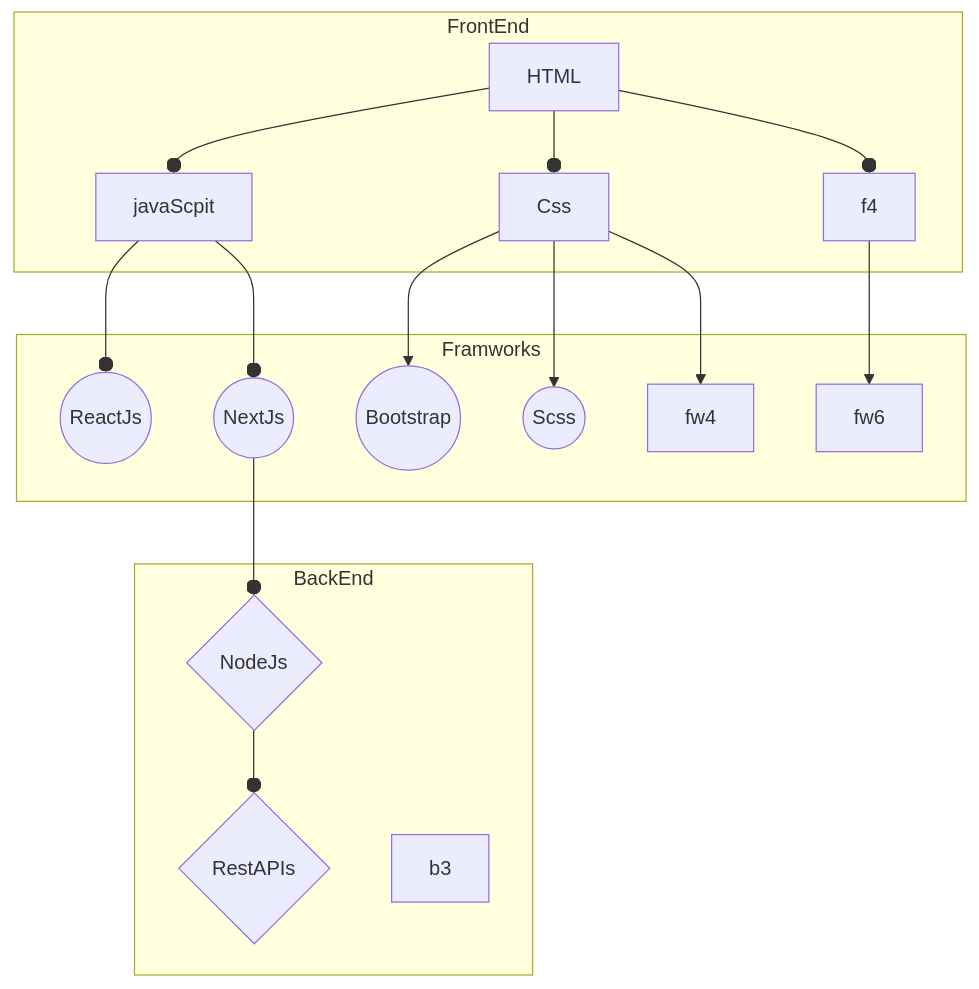
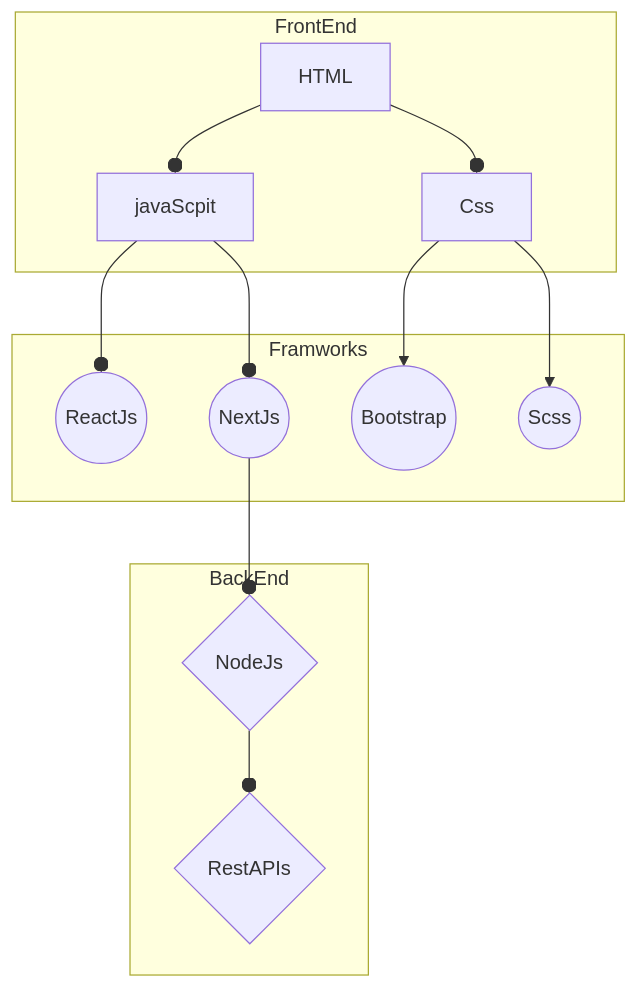
Before and after one commit to Valenotero/ValenOtero: the diagram in README.md, drawn with Mermaid. The commit also changed other lines of this file, not shown here.

````diff
--- a/README.md
+++ b/README.md
@@ -51,42 +48,35 @@
 ```mermaid
 flowchart 
 f1[HTML]
 f2[Css]
 f3[javaScpit]
 fw1((ReactJs))
 fw2((NextJs))
 fw3((Bootstrap))
 fw5((Scss))
 b1{NodeJs}
 b2{RestAPIs}
  subgraph  BackEnd
 b1
 b2
-b3
  end  
  subgraph Framworks 
 fw1
 fw2
 fw3
-fw4
 fw5
-fw6
  end
   subgraph  FrontEnd 
  f1
  f2
  f3
- f4
  end  
  f1 --o f2
  f1 --o f3
- f1 --o f4
  f2 --> fw3
- f2 --> fw4
  f2 --> fw5
  f3 --o fw1
  f3 --o fw2
  fw2 --o b1
- f4 --> fw6
  b1 --o b2
- ```
+```
````
